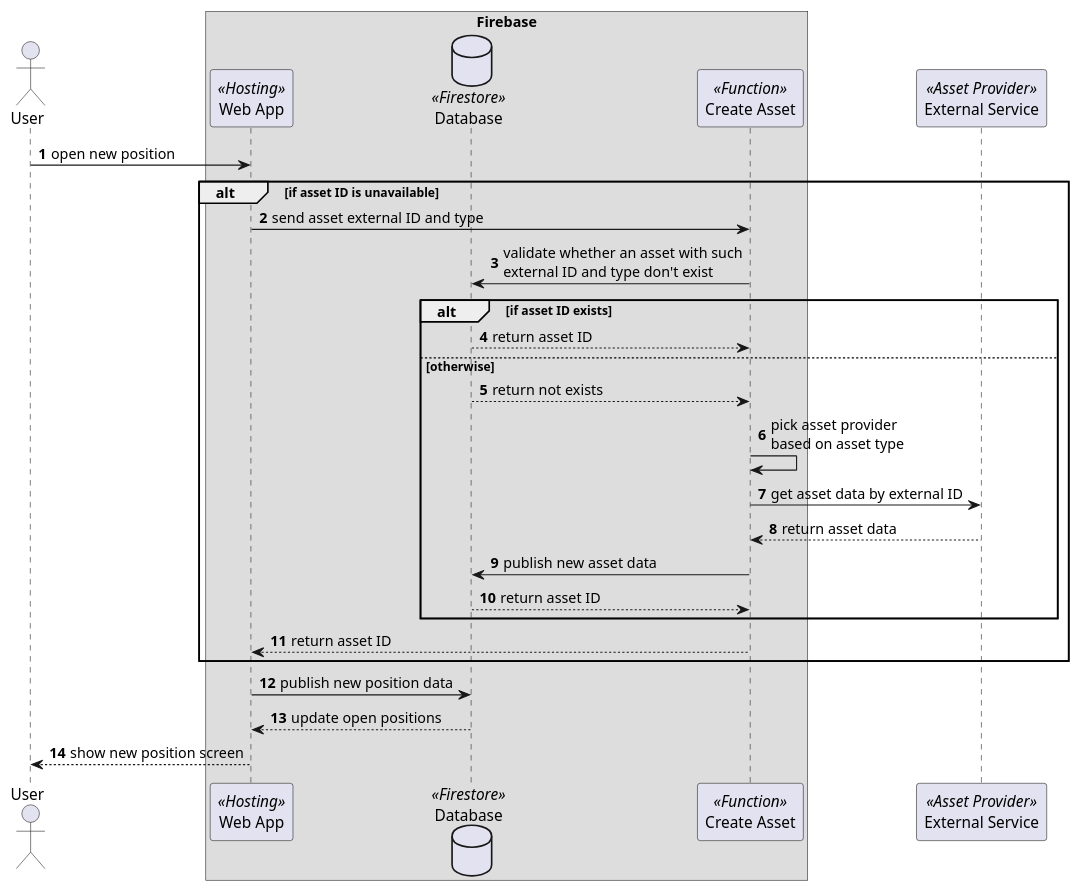
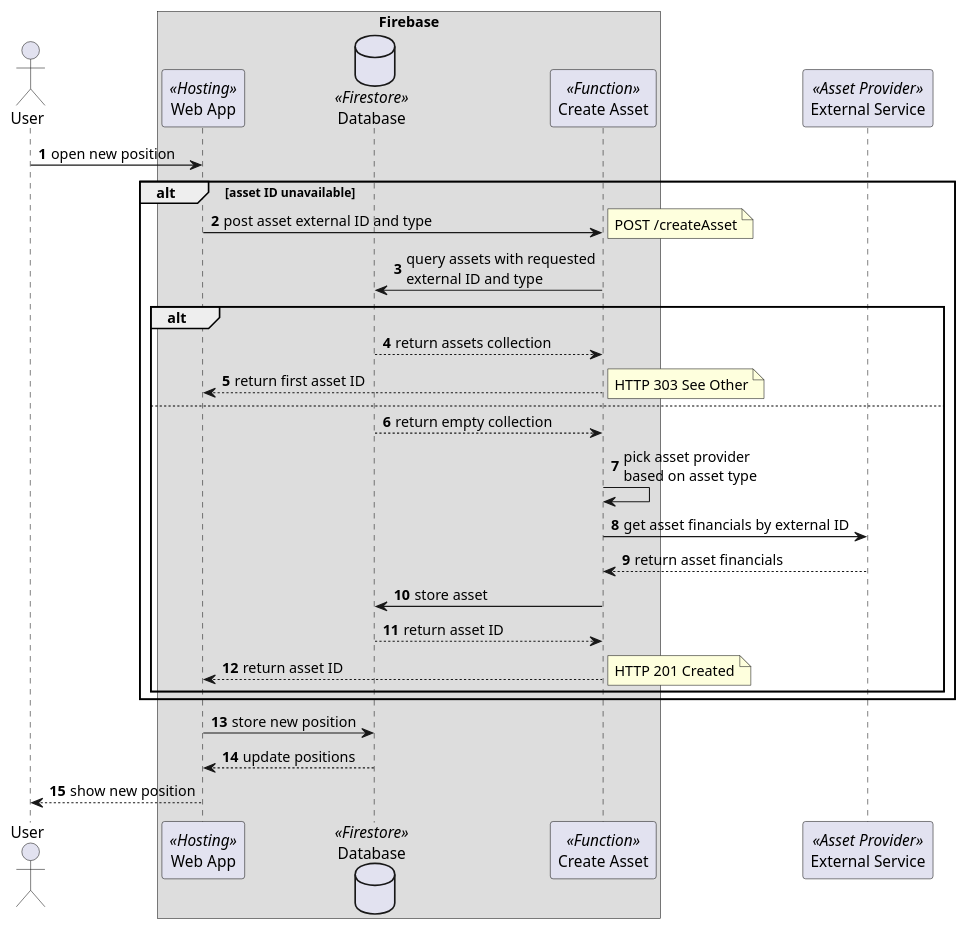
Before and after one commit to loginov-rocks/Portfolio: the diagram in docs/diagrams/Open-Position-Sequence.puml, drawn with PlantUML. The commit also changed 5 other files, not shown here.

Commit message:
Firebase: implement CreateAsset

```diff
--- a/docs/diagrams/Open-Position-Sequence.puml
+++ b/docs/diagrams/Open-Position-Sequence.puml
@@ -1,34 +1,43 @@
 @startuml
 
 autonumber
 
 actor User
 box Firebase
     participant "Web App" as WebApp <<Hosting>>
     database Database <<Firestore>>
     participant "Create Asset" as CreateAsset <<Function>>
 end box
 participant "External Service" as ExternalService <<Asset Provider>>
 
 User -> WebApp: open new position
-alt if asset ID is unavailable
-    WebApp -> CreateAsset: send asset external ID and type
-    CreateAsset -> Database: validate whether an asset with such\nexternal ID and type don't exist
-    alt if asset ID exists
+alt asset ID unavailable
+    WebApp -> CreateAsset: post asset external ID and type
+    note right
+        POST /createAsset
+    end note
+    CreateAsset -> Database: query assets with requested\nexternal ID and type
+    alt
+        Database --> CreateAsset: return assets collection
+        CreateAsset --> WebApp: return first asset ID
+        note right
+            HTTP 303 See Other
+        end note
+    else
+        Database --> CreateAsset: return empty collection
+        CreateAsset -> CreateAsset: pick asset provider\nbased on asset type
+        CreateAsset -> ExternalService: get asset financials by external ID
+        ExternalService --> CreateAsset: return asset financials
+        CreateAsset -> Database: store asset
         Database --> CreateAsset: return asset ID
-    else otherwise
-        Database --> CreateAsset: return not exists
-        CreateAsset -> CreateAsset: pick asset provider\nbased on asset type
-        CreateAsset -> ExternalService: get asset data by external ID
-        ExternalService --> CreateAsset: return asset data
-        CreateAsset -> Database: publish new asset data
-        Database --> CreateAsset: return asset ID
+        CreateAsset --> WebApp: return asset ID
+        note right
+            HTTP 201 Created
+        end note
     end
-    CreateAsset --> WebApp: return asset ID
 end
-WebApp -> Database: publish new position data
-
-Database --> WebApp: update open positions
-WebApp --> User: show new position screen
+WebApp -> Database: store new position
+Database --> WebApp: update positions
+WebApp --> User: show new position
 
 @enduml
```
